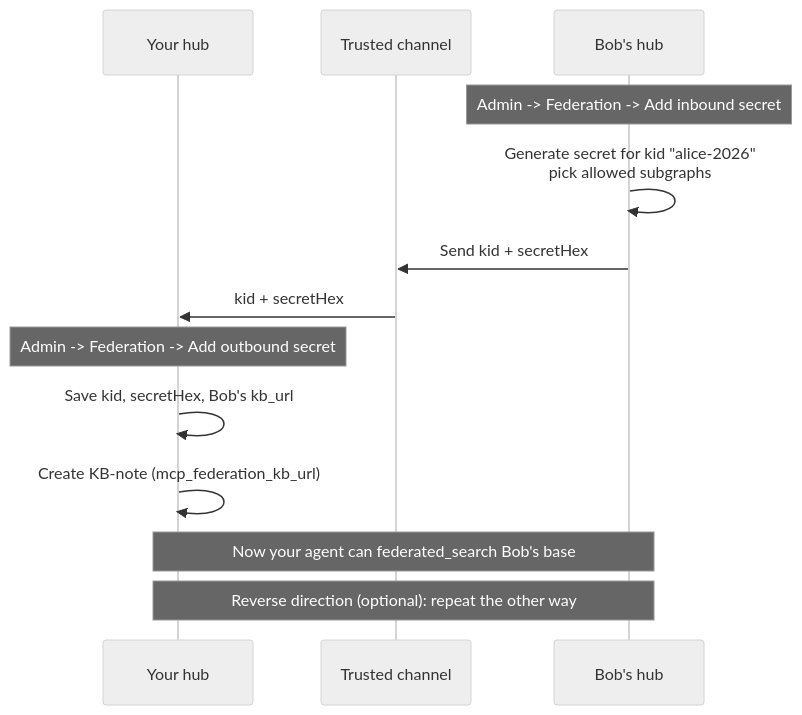
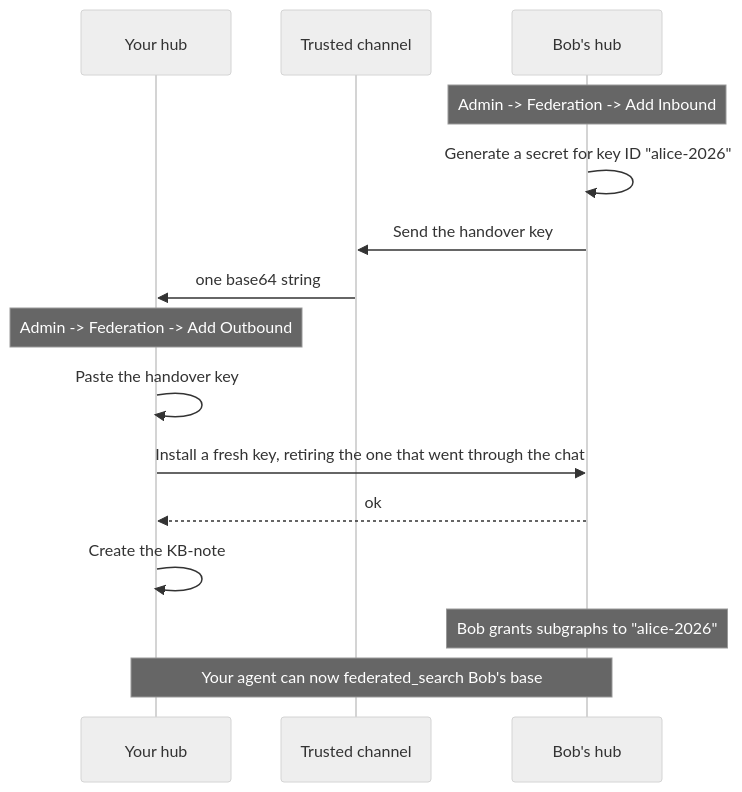
One commit to trip2g/trip2g changed the second of 3 diagrams in docs/en/user/federation.md. Above: the diagram before and after it, drawn with Mermaid (neutral theme). The commit also changed other lines of this file and 79 other files, not shown here.

First line of the commit message:
feat(federation): rotate a pairing's shared key, starting with the one handed over (#326)

````diff
--- a/docs/en/user/federation.md
+++ b/docs/en/user/federation.md
@@ -80,16 +82,18 @@
 ```mermaid
 sequenceDiagram
     participant You as Your hub
     participant Ch as Trusted channel
     participant Bob as Bob's hub
 
-    Note over Bob: Admin -> Federation -> Add inbound secret
-    Bob->>Bob: Generate secret for kid "alice-2026"<br/>pick allowed subgraphs
-    Bob->>Ch: Send kid + secretHex
-    Ch->>You: kid + secretHex
-    Note over You: Admin -> Federation -> Add outbound secret
-    You->>You: Save kid, secretHex, Bob's kb_url
-    You->>You: Create KB-note (mcp_federation_kb_url)
-    Note over You,Bob: Now your agent can federated_search Bob's base
-    Note over You,Bob: Reverse direction (optional): repeat the other way
+    Note over Bob: Admin -> Federation -> Add Inbound
+    Bob->>Bob: Generate a secret for key ID "alice-2026"
+    Bob->>Ch: Send the handover key
+    Ch->>You: one base64 string
+    Note over You: Admin -> Federation -> Add Outbound
+    You->>You: Paste the handover key
+    You->>Bob: Install a fresh key, retiring the one that went through the chat
+    Bob-->>You: ok
+    You->>You: Create the KB-note
+    Note over Bob: Bob grants subgraphs to "alice-2026"
+    Note over You,Bob: Your agent can now federated_search Bob's base
 ```
````
